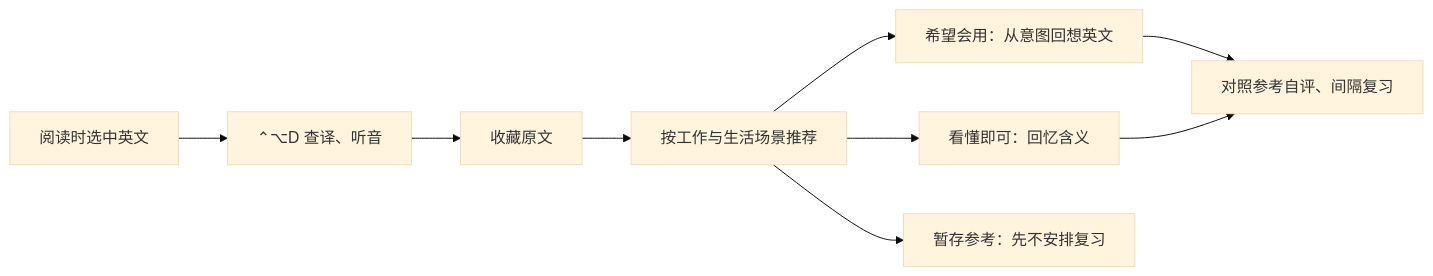
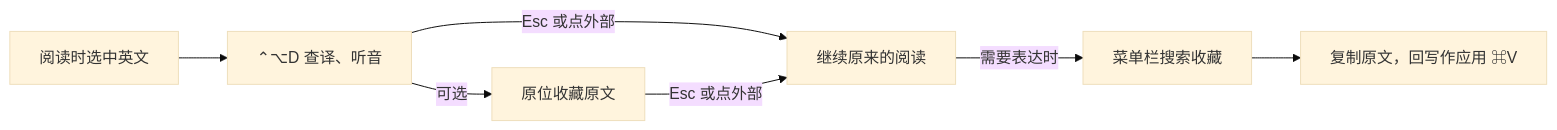
One commit to yuki-uix/useleaf changed the diagram in README.md. Above: the diagram before and after it, drawn with Mermaid (base theme). The commit also changed other lines of this file and 16 other files, not shown here.

````diff
--- a/README.md
+++ b/README.md
@@ -37,11 +39,9 @@
 ```mermaid
 flowchart LR
     A["阅读时选中英文"] --> B["⌃⌥D 查译、听音"]
-    B --> C["收藏原文"]
-    C --> D["按工作与生活场景推荐"]
-    D --> E["希望会用：从意图回想英文"]
-    D --> F["看懂即可：回忆含义"]
-    E --> G["对照参考自评、间隔复习"]
-    F --> G
-    D --> H["暂存参考：先不安排复习"]
+    B -->|"可选"| C["原位收藏原文"]
+    B -->|"Esc 或点外部"| D["继续原来的阅读"]
+    C -->|"Esc 或点外部"| D
+    D -->|"需要表达时"| E["菜单栏搜索收藏"]
+    E --> F["复制原文，回写作应用 ⌘V"]
 ```
````
